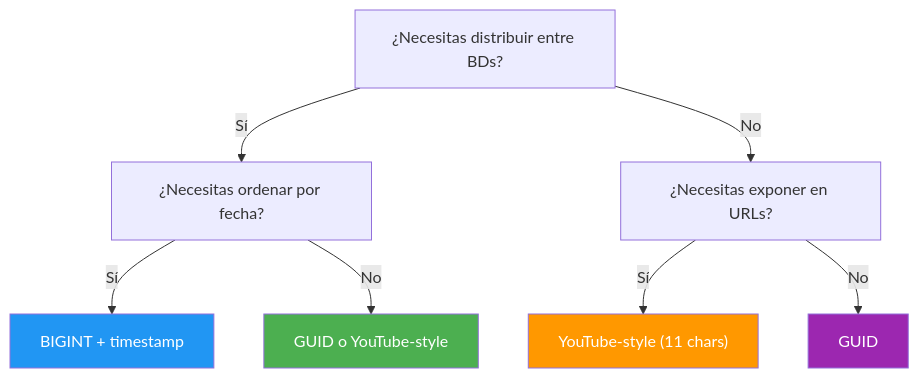
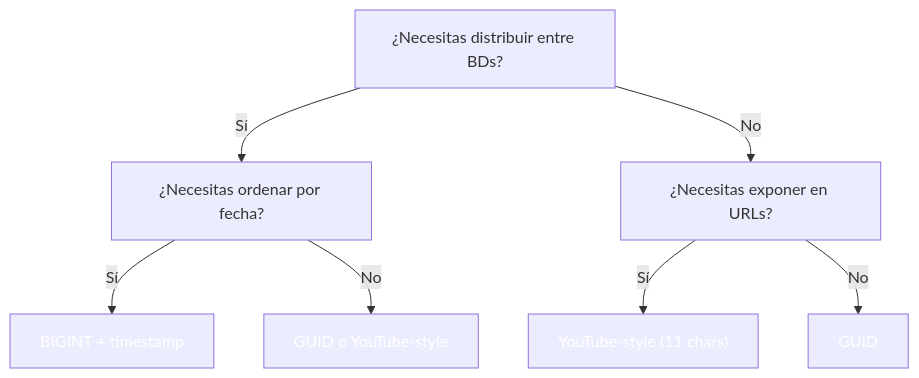
Before and after one commit to joseluisgs/DesarrolloWebEntornosServidor-02-2026-2027: the eighth of 8 diagrams in 15-transacciones-identificadores.md, drawn with Mermaid. The commit also changed other lines of this file and 41 other files, not shown here.

````diff
--- a/15-transacciones-identificadores.md
+++ b/15-transacciones-identificadores.md
@@ -554,13 +554,13 @@
 ```mermaid
 flowchart TD
     A["¿Necesitas distribuir entre BDs?"] -->|Sí| B["¿Necesitas ordenar por fecha?"]
     A -->|No| C["¿Necesitas exponer en URLs?"]
     B -->|Sí| D["BIGINT + timestamp"]
     B -->|No| E["GUID o YouTube-style"]
     C -->|Sí| F["YouTube-style (11 chars)"]
     C -->|No| G["GUID"]
-    style D fill:#2196F3,color:#fff
-    style E fill:#4CAF50,color:#fff
-    style F fill:#FF9800,color:#fff
-    style G fill:#9C27B0,color:#fff
+    style D fill:#2196F,color:#fff3,color:#fff
+    style E fill:#4CAF5,color:#fff0,color:#fff
+    style F fill:#FF980,color:#fff0,color:#fff
+    style G fill:#9C27B,color:#fff0,color:#fff
 ```
````
